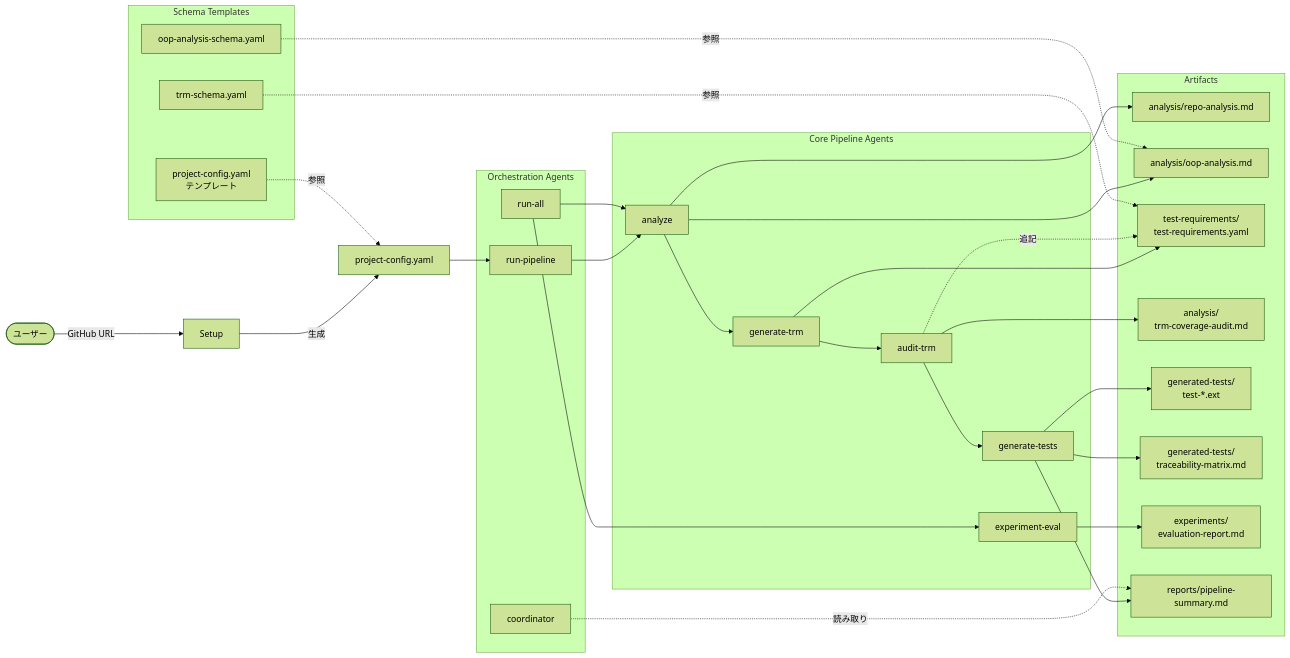
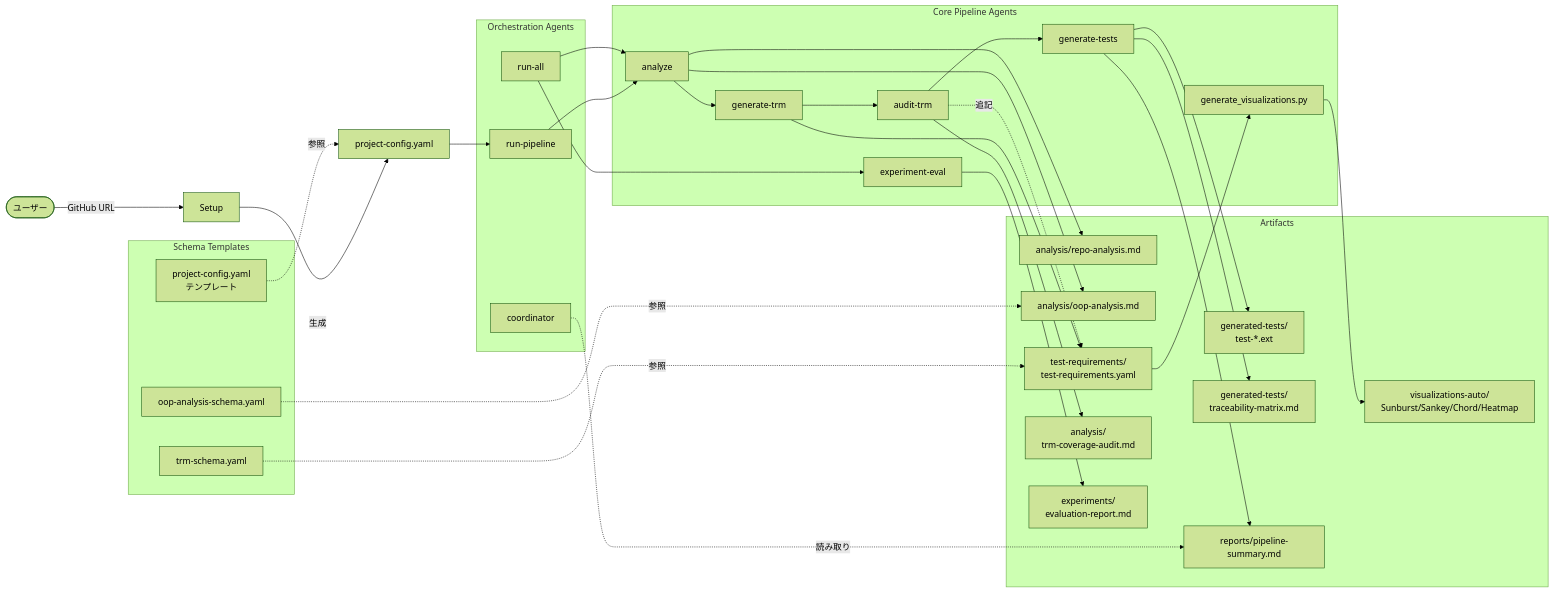
The first of 6 diagrams in knowledge/architecture-diagram.md (suetaketakaya/SoftwareQualitySimposium), drawn with Mermaid (forest theme) before and after one commit. The commit also changed 14 other files, not shown here.

````diff
--- a/knowledge/architecture-diagram.md
+++ b/knowledge/architecture-diagram.md
@@ -11,51 +11,55 @@
 ```mermaid
 flowchart LR
     User([ユーザー]) -->|GitHub URL| Setup
     Setup -->|生成| Config[project-config.yaml]
     Config --> RunPipeline
     subgraph "Orchestration Agents"
         RunPipeline[run-pipeline]
         RunAll[run-all]
         Coordinator[coordinator]
     end
     subgraph "Core Pipeline Agents"
         Analyze[analyze]
         GenerateTRM[generate-trm]
         AuditTRM[audit-trm]
         GenerateTests[generate-tests]
         ExperimentEval[experiment-eval]
+        Visualize[generate_visualizations.py]
     end
     subgraph "Schema Templates"
         ProjectConfigSchema[project-config.yaml<br/>テンプレート]
         TRMSchema[trm-schema.yaml]
         OOPSchema[oop-analysis-schema.yaml]
     end
     subgraph "Artifacts"
         RepoAnalysis[analysis/repo-analysis.md]
         OOPAnalysis[analysis/oop-analysis.md]
         TRMYaml[test-requirements/<br/>test-requirements.yaml]
         AuditReport[analysis/<br/>trm-coverage-audit.md]
         TestsGen[generated-tests/<br/>test-*.ext]
         TraceMatrix[generated-tests/<br/>traceability-matrix.md]
         EvalReport[experiments/<br/>evaluation-report.md]
         Summary[reports/pipeline-summary.md]
+        VizOutput[visualizations-auto/<br/>Sunburst/Sankey/Chord/Heatmap]
     end
 
     RunPipeline --> Analyze --> GenerateTRM --> AuditTRM --> GenerateTests --> Summary
     RunAll --> Analyze
     RunAll --> ExperimentEval
     Coordinator -.読み取り.-> Summary
 
     Analyze --> RepoAnalysis
     Analyze --> OOPAnalysis
     GenerateTRM --> TRMYaml
     AuditTRM --> AuditReport
     AuditTRM -.追記.-> TRMYaml
     GenerateTests --> TestsGen
     GenerateTests --> TraceMatrix
+    TRMYaml --> Visualize
+    Visualize --> VizOutput
     ExperimentEval --> EvalReport
 
     ProjectConfigSchema -.参照.-> Config
     TRMSchema -.参照.-> TRMYaml
     OOPSchema -.参照.-> OOPAnalysis
 ```
````
